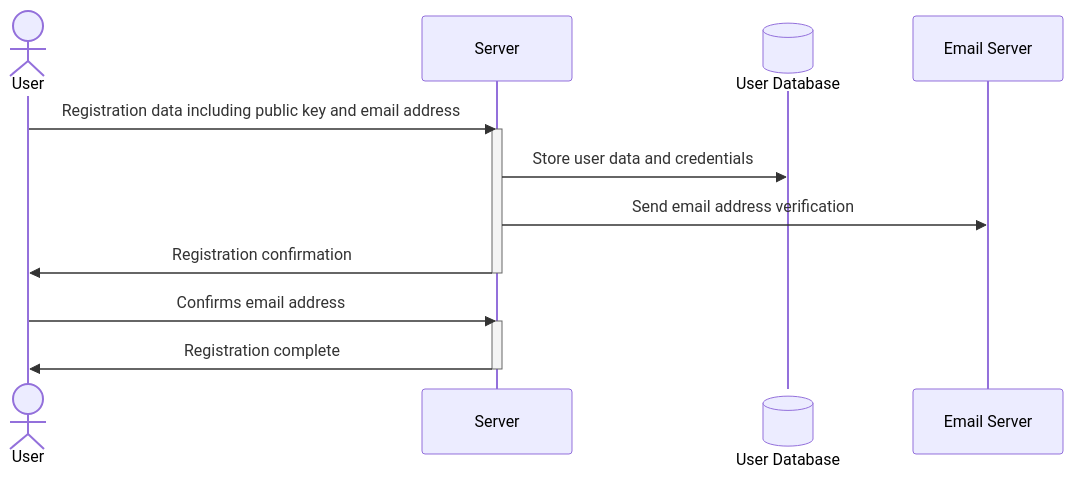
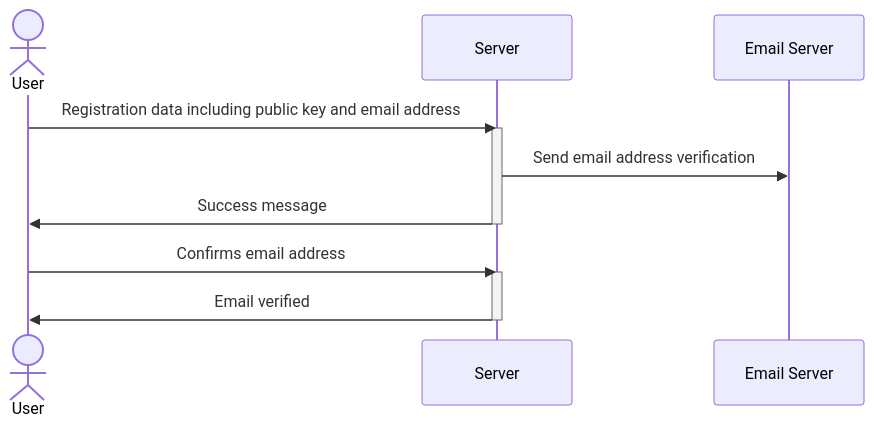
One commit to tantalum/tantalum.github.io changed the fourth of 5 diagrams in _drafts/an-architecture-for-passworless-authentication.markdown. Above: the diagram before and after it, drawn with Mermaid. The commit also changed other lines of this file, not shown here.

Commit message:
More sequence diagrams

```diff
--- a/_drafts/an-architecture-for-passworless-authentication.markdown
+++ b/_drafts/an-architecture-for-passworless-authentication.markdown
@@ -148,17 +150,15 @@
 <pre class="mermaid">
 sequenceDiagram
     actor User
     participant Server
-    participant DB@{ "type": "database", "alias": "User Database"}
     participant EmailServer@{ "alias": "Email Server"}
     User->>Server: Registration data including public key and email address
     activate Server
-    Server->>DB: Store user data and credentials
     Server->>EmailServer: Send email address verification
-    Server->>User: Registration confirmation
+    Server->>User: Success message
     deactivate Server
     User->>Server: Confirms email address
     activate Server
-    Server->>User: Registration complete
+    Server->>User: Email verified
     deactivate Server
 </pre>
```
